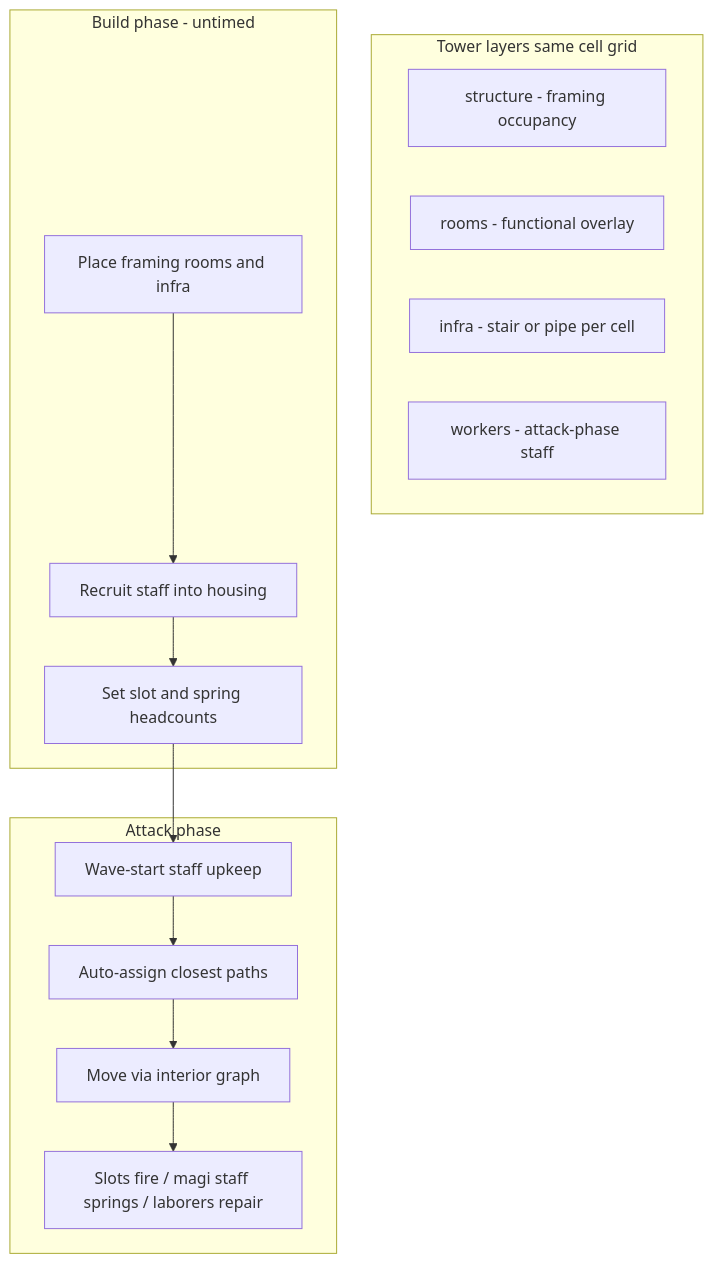
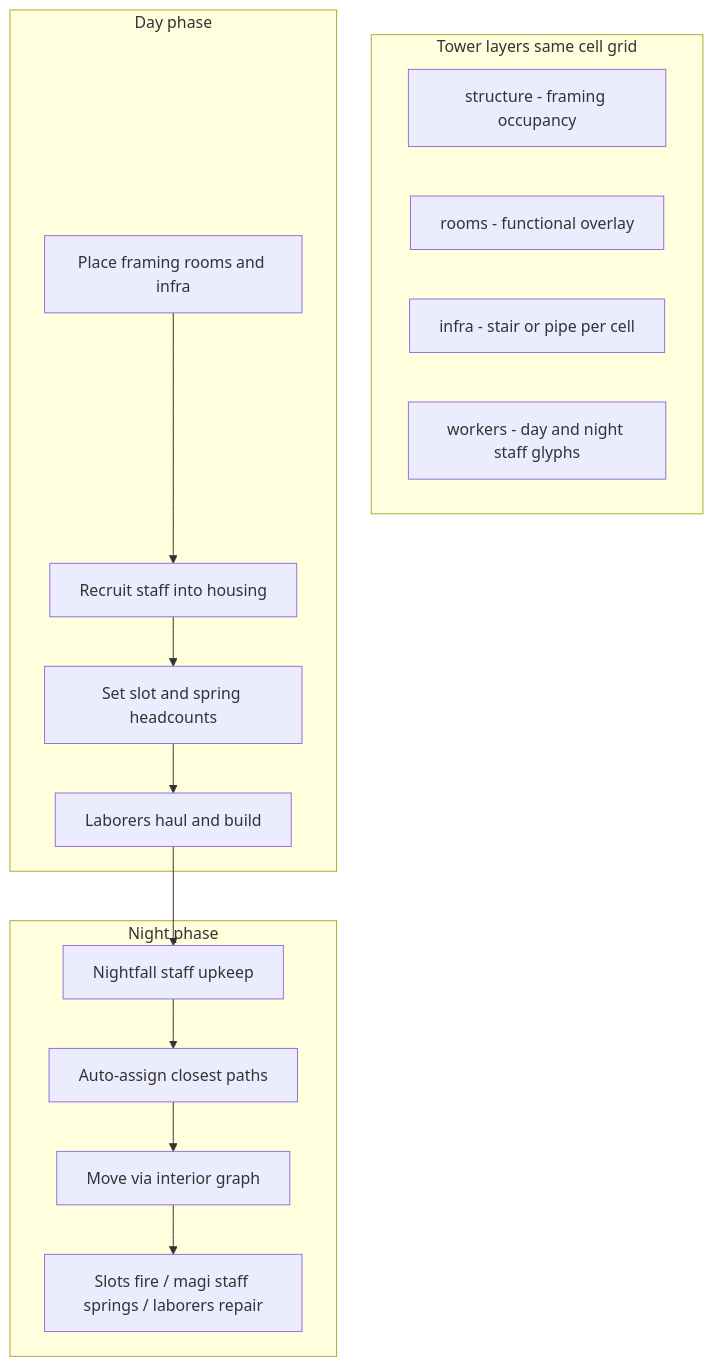
One commit to katerberg/wizard-tower-builder changed the third of 3 diagrams in README.md. Above: the diagram before and after it, drawn with Mermaid. The commit also changed other lines of this file and 3 other files, not shown here.

First line of the commit message:
Docs: staff move on day and night, not attack-only.

````diff
--- a/README.md
+++ b/README.md
@@ -254,22 +254,23 @@
 ```mermaid
 flowchart TB
   subgraph layers [Tower layers same cell grid]
     S[structure - framing occupancy]
     R[rooms - functional overlay]
     I[infra - stair or pipe per cell]
-    W[workers - attack-phase staff]
+    W[workers - day and night staff glyphs]
   end
-  subgraph build [Build phase - untimed]
+  subgraph day [Day phase]
     P[Place framing rooms and infra]
     Rec[Recruit staff into housing]
     Alloc[Set slot and spring headcounts]
+    DayMove[Laborers haul and build]
   end
-  subgraph attack [Attack phase]
-    Pay[Wave-start staff upkeep]
+  subgraph night [Night phase]
+    Pay[Nightfall staff upkeep]
     Route[Auto-assign closest paths]
     Move[Move via interior graph]
     Work[Slots fire / magi staff springs / laborers repair]
   end
-  P --> Rec --> Alloc
-  Alloc --> Pay --> Route --> Move --> Work
+  P --> Rec --> Alloc --> DayMove
+  DayMove --> Pay --> Route --> Move --> Work
 ```
````
